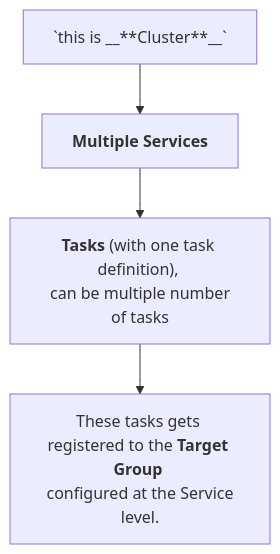
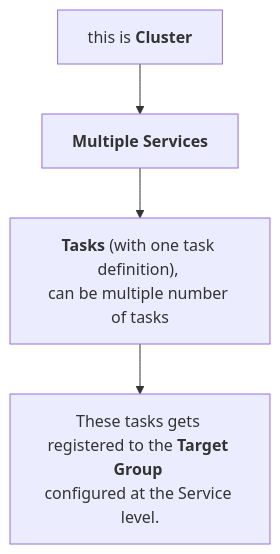
Before and after one commit to nepalsingh/cloud-training: the second of 2 diagrams in README.md, drawn with Mermaid. The commit also changed other lines of this file, not shown here.

Commit message:
EKS update

````diff
--- a/README.md
+++ b/README.md
@@ -729,11 +732,14 @@
 ```mermaid
 %%{init: {"flowchart": {"htmlLabels": false}} }%%
+
 flowchart TD
-  cluster[" `this is __**Cluster**__`"]
+  cluster["`this is **Cluster** `"]
   services["`**Multiple Services**`"]
-  tasks["`**Tasks** (with one task definition), <br /> can be multiple number of tasks`"]
-  target["`These tasks gets registered to the **Target Group** <br /> configured at the Service level.`"]
+  tasks["`**Tasks** (with one task definition), 
+  can be multiple number of tasks`"]
+  target["`These tasks gets registered to the **Target Group** 
+  configured at the Service level.`"]
+
   cluster --> services --> tasks --> target
 
-
 ```
````
